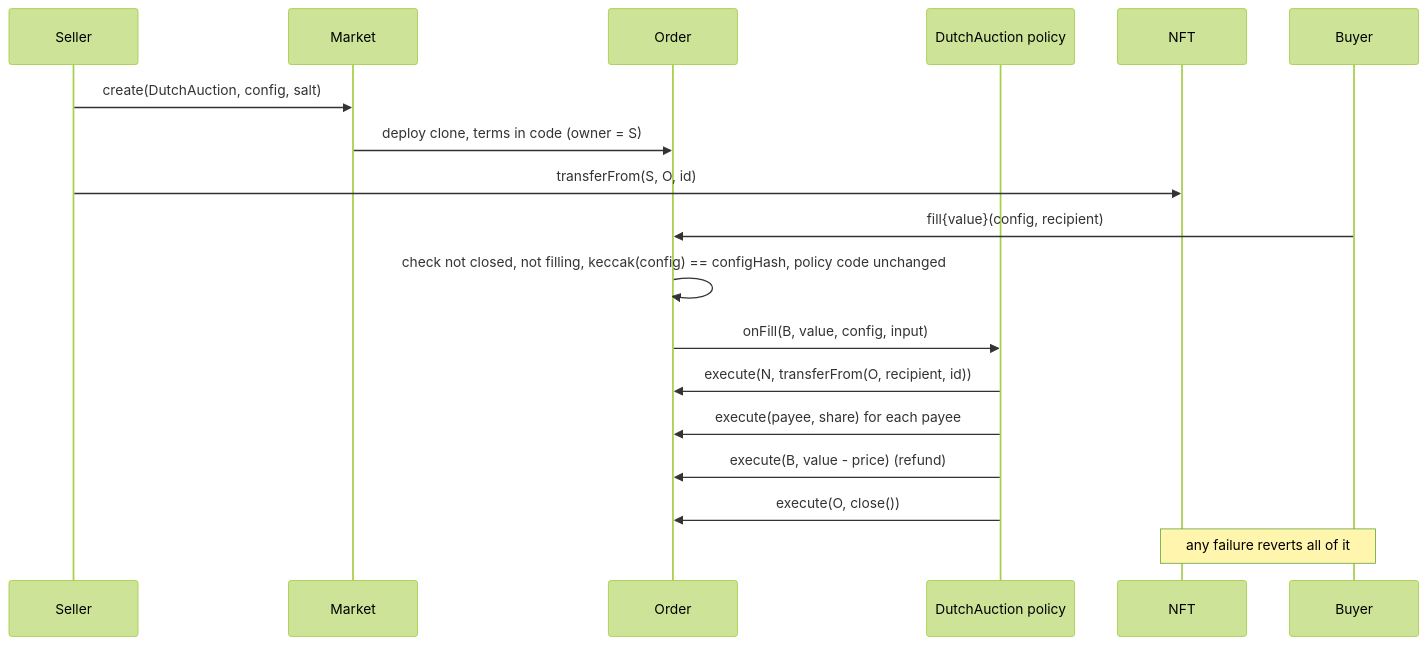
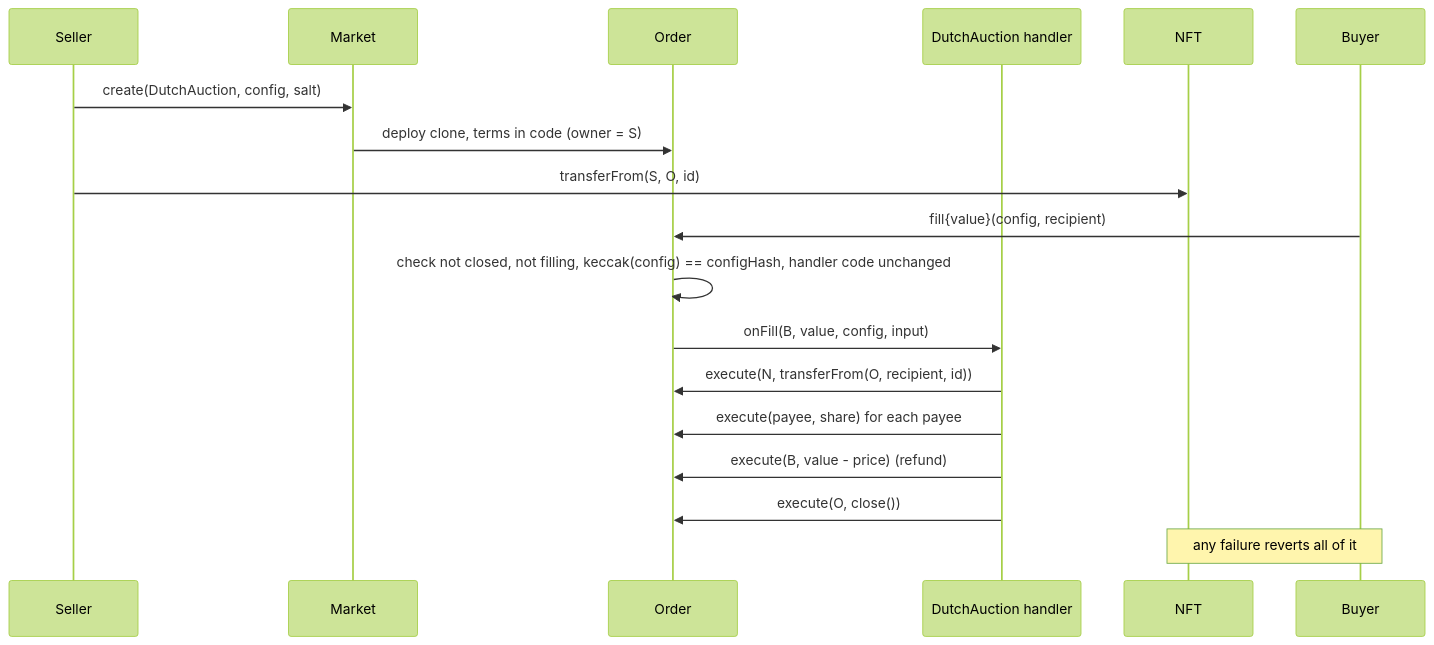
Before and after one commit to ripe0x/market: the third of 4 diagrams in README.md, drawn with Mermaid (forest theme). The commit also changed other lines of this file and 31 other files, not shown here.

First line of the commit message:
Rename Policy to OrderHandler; commit active orders to their handler

````diff
--- a/README.md
+++ b/README.md
@@ -95,20 +125,20 @@
 ```mermaid
 sequenceDiagram
     participant S as Seller
     participant M as Market
     participant O as Order
-    participant P as DutchAuction policy
+    participant P as DutchAuction handler
     participant N as NFT
     participant B as Buyer
     S->>M: create(DutchAuction, config, salt)
     M->>O: deploy clone, terms in code (owner = S)
     S->>N: transferFrom(S, O, id)
     B->>O: fill{value}(config, recipient)
-    O->>O: check not closed, not filling, keccak(config) == configHash, policy code unchanged
+    O->>O: check not closed, not filling, keccak(config) == configHash, handler code unchanged
     O->>P: onFill(B, value, config, input)
     P->>O: execute(N, transferFrom(O, recipient, id))
     P->>O: execute(payee, share) for each payee
     P->>O: execute(B, value - price)  (refund)
     P->>O: execute(O, close())
     Note over B,N: any failure reverts all of it
 ```
````
